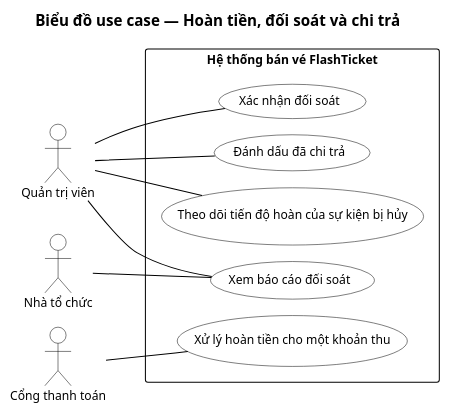
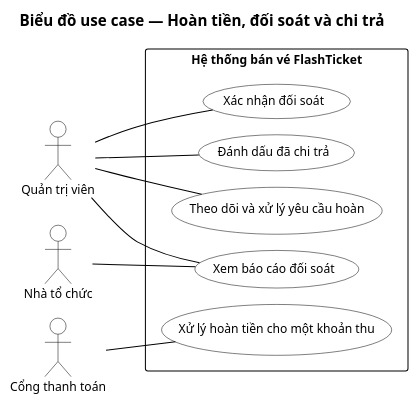
The diagram in docs/diagrams/src/B6-03-use-case-refund-and-payout.puml (levanminh04/flash-ticket-platform), drawn with PlantUML before and after one commit. The commit also changed 10 other files, not shown here.

First line of the commit message:
docs(payment): admin xử lý yêu cầu hoàn thất bại theo BIZ-159

```diff
--- a/docs/diagrams/src/B6-03-use-case-refund-and-payout.puml
+++ b/docs/diagrams/src/B6-03-use-case-refund-and-payout.puml
@@ -1,43 +1,43 @@
 @startuml
 title Biểu đồ use case — Hoàn tiền, đối soát và chi trả
 
 ' FORMATION: dung danh muc use case cua B6 hien hanh.
 ' Tang C 3.2.1: mot hinh chu nhat = ranh gioi he thong; tac nhan ngoai, use case trong.
 ' Lien ket tac nhan-use case la duong thang khong mui ten; khong mau nen phan nhom.
 ' Giai thich bang van ban nam trong B6, khong nhoi vao hinh.
 
 left to right direction
 skinparam backgroundColor white
 skinparam shadowing false
 skinparam defaultFontSize 12
 skinparam TitleFontSize 15
 skinparam nodesep 16
 skinparam ranksep 55
 skinparam ActorBackgroundColor white
 skinparam ActorBorderColor black
 skinparam UsecaseBackgroundColor white
 skinparam UsecaseBorderColor black
 skinparam RectangleBackgroundColor white
 skinparam RectangleBorderColor black
 skinparam ArrowColor black
 
 actor "Quản trị viên" as Admin
 actor "Nhà tổ chức" as Organizer
 actor "Cổng thanh toán" as Gateway
 
 rectangle "Hệ thống bán vé FlashTicket" {
   usecase "Xử lý hoàn tiền cho một khoản thu" as UC15
-  usecase "Theo dõi tiến độ hoàn của sự kiện bị hủy" as UC16
+  usecase "Theo dõi và xử lý yêu cầu hoàn" as UC16
   usecase "Xem báo cáo đối soát" as UC17
   usecase "Xác nhận đối soát" as UC18
   usecase "Đánh dấu đã chi trả" as UC19
 }
 
 Admin -- UC16
 Admin -- UC17
 Admin -- UC18
 Admin -- UC19
 Organizer -- UC17
 Gateway -- UC15
 
 @enduml
```
